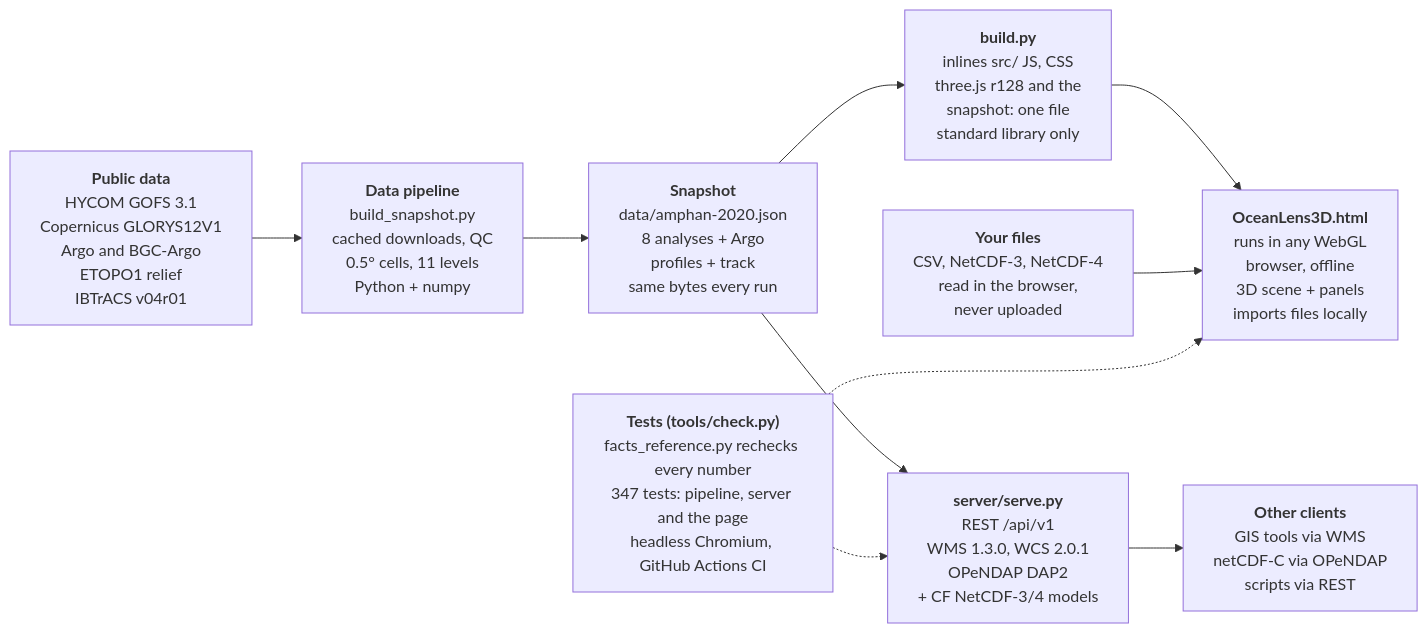
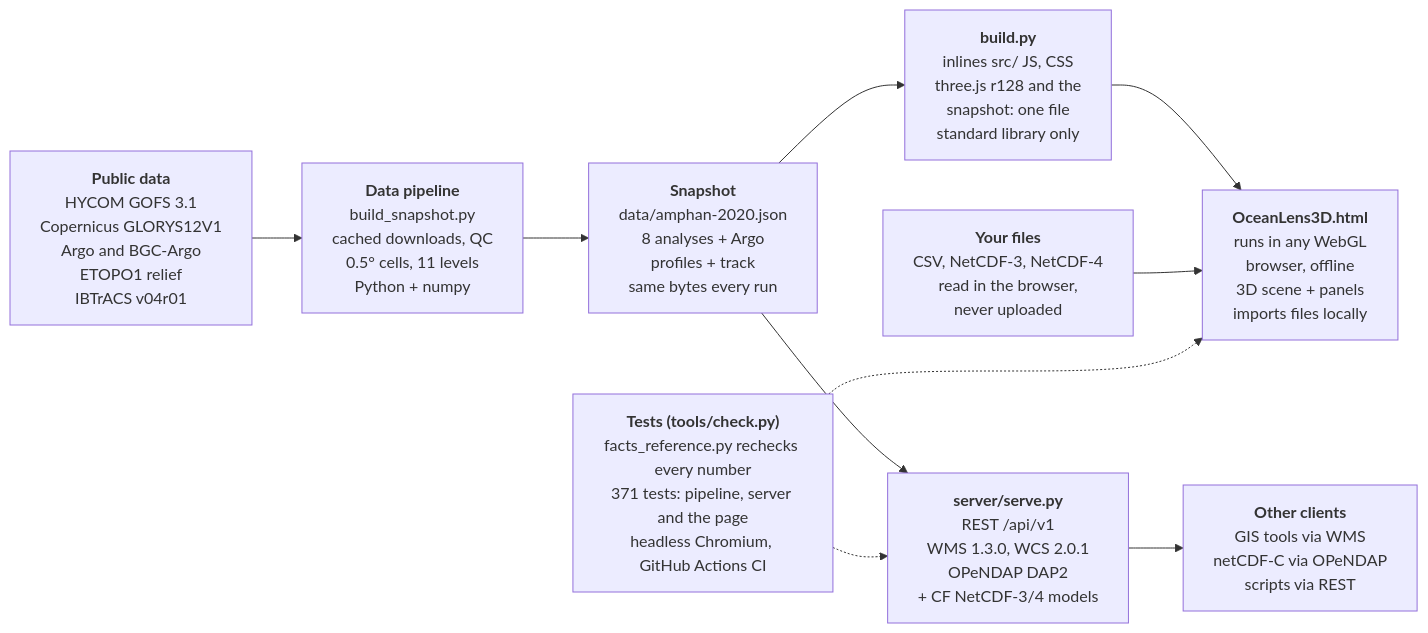
The second of 2 diagrams in docs/PRESENTER_GUIDE.md (Rehaan15790/OceanLens-3D), drawn with Mermaid before and after one commit. The commit also changed other lines of this file and 21 other files, not shown here.

````diff
--- a/docs/PRESENTER_GUIDE.md
+++ b/docs/PRESENTER_GUIDE.md
@@ -323,17 +323,17 @@
 ```mermaid
 flowchart LR
   SRC["<b>Public data</b><br/>HYCOM GOFS 3.1<br/>Copernicus GLORYS12V1<br/>Argo and BGC-Argo<br/>ETOPO1 relief<br/>IBTrACS v04r01"]
   PIPE["<b>Data pipeline</b><br/>build_snapshot.py<br/>cached downloads, QC<br/>0.5° cells, 11 levels<br/>Python + numpy"]
   SNAP["<b>Snapshot</b><br/>data/amphan-2020.json<br/>8 analyses + Argo<br/>profiles + track<br/>same bytes every run"]
   BUILD["<b>build.py</b><br/>inlines src/ JS, CSS<br/>three.js r128 and the<br/>snapshot: one file<br/>standard library only"]
   APP["<b>OceanLens3D.html</b><br/>runs in any WebGL<br/>browser, offline<br/>3D scene + panels<br/>imports files locally"]
   SRV["<b>server/serve.py</b><br/>REST /api/v1<br/>WMS 1.3.0, WCS 2.0.1<br/>OPeNDAP DAP2<br/>+ CF NetCDF-3/4 models"]
   CLI["<b>Other clients</b><br/>GIS tools via WMS<br/>netCDF-C via OPeNDAP<br/>scripts via REST"]
   FILES["<b>Your files</b><br/>CSV, NetCDF-3, NetCDF-4<br/>read in the browser,<br/>never uploaded"]
-  TESTS["<b>Tests (tools/check.py)</b><br/>facts_reference.py rechecks every number<br/>347 tests: pipeline, server and the page<br/>headless Chromium, GitHub Actions CI"]
+  TESTS["<b>Tests (tools/check.py)</b><br/>facts_reference.py rechecks every number<br/>371 tests: pipeline, server and the page<br/>headless Chromium, GitHub Actions CI"]
   SRC --> PIPE --> SNAP --> BUILD --> APP
   SNAP --> SRV --> CLI
   FILES --> APP
   TESTS -.-> SRV
   TESTS -.-> APP
 ```
````
